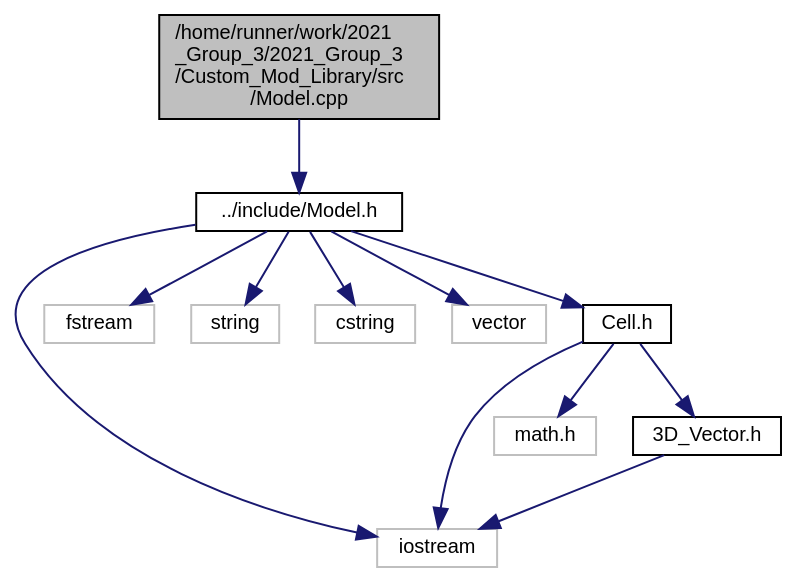
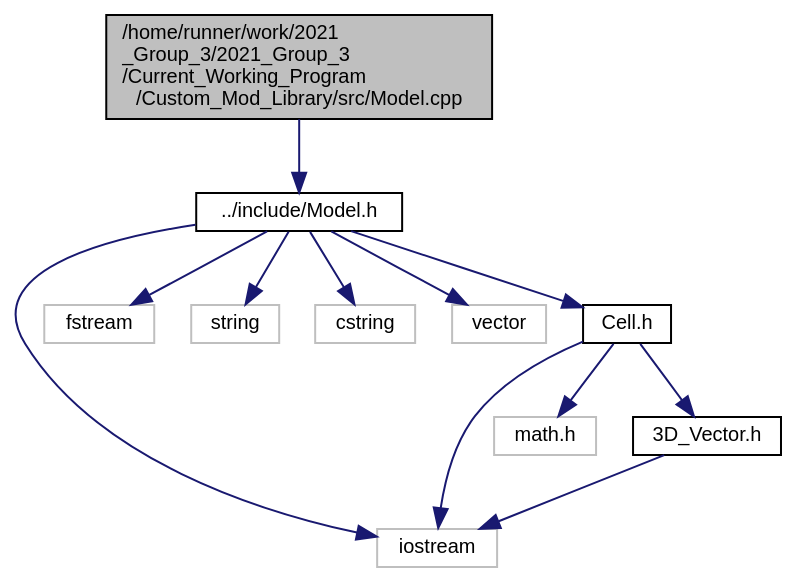
Before and after one commit to ejagombar/2021_Group_3: the diagram in _model_8cpp__incl.dot, drawn with Graphviz. The commit also changed 69 other files, not shown here.

```diff
--- a/_model_8cpp__incl.dot
+++ b/_model_8cpp__incl.dot
@@ -1,28 +1,28 @@
-digraph "/home/runner/work/2021_Group_3/2021_Group_3/Custom_Mod_Library/src/Model.cpp"
+digraph "/home/runner/work/2021_Group_3/2021_Group_3/Current_Working_Program/Custom_Mod_Library/src/Model.cpp"
 {
  // LATEX_PDF_SIZE
   bgcolor="transparent";
   edge [fontname="Helvetica",fontsize="10",labelfontname="Helvetica",labelfontsize="10"];
   node [fontname="Helvetica",fontsize="10",shape=record];
-  Node1 [label="/home/runner/work/2021\l_Group_3/2021_Group_3\l/Custom_Mod_Library/src\l/Model.cpp",height=0.2,width=0.4,color="black", fillcolor="grey75", style="filled", fontcolor="black",tooltip=" "];
+  Node1 [label="/home/runner/work/2021\l_Group_3/2021_Group_3\l/Current_Working_Program\l/Custom_Mod_Library/src/Model.cpp",height=0.2,width=0.4,color="black", fillcolor="grey75", style="filled", fontcolor="black",tooltip=" "];
   Node1 -> Node2 [color="midnightblue",fontsize="10",style="solid",fontname="Helvetica"];
   Node2 [label="../include/Model.h",height=0.2,width=0.4,color="black",URL="$_model_8h.html",tooltip="Class used to open, save and store .mod files."];
   Node2 -> Node3 [color="midnightblue",fontsize="10",style="solid",fontname="Helvetica"];
   Node3 [label="iostream",height=0.2,width=0.4,color="grey75",tooltip=" "];
   Node2 -> Node4 [color="midnightblue",fontsize="10",style="solid",fontname="Helvetica"];
   Node4 [label="fstream",height=0.2,width=0.4,color="grey75",tooltip=" "];
   Node2 -> Node5 [color="midnightblue",fontsize="10",style="solid",fontname="Helvetica"];
   Node5 [label="string",height=0.2,width=0.4,color="grey75",tooltip=" "];
   Node2 -> Node6 [color="midnightblue",fontsize="10",style="solid",fontname="Helvetica"];
   Node6 [label="cstring",height=0.2,width=0.4,color="grey75",tooltip=" "];
   Node2 -> Node7 [color="midnightblue",fontsize="10",style="solid",fontname="Helvetica"];
   Node7 [label="vector",height=0.2,width=0.4,color="grey75",tooltip=" "];
   Node2 -> Node8 [color="midnightblue",fontsize="10",style="solid",fontname="Helvetica"];
-  Node8 [label="Cell.h",height=0.2,width=0.4,color="black",URL="$_cell_8h.html",tooltip="Cell class used to store Cell shapes that make up a model."];
+  Node8 [label="Cell.h",height=0.2,width=0.4,color="black",URL="$_cell_8h.html",tooltip="Class used to store Cell shapes that make up a model."];
   Node8 -> Node3 [color="midnightblue",fontsize="10",style="solid",fontname="Helvetica"];
   Node8 -> Node9 [color="midnightblue",fontsize="10",style="solid",fontname="Helvetica"];
   Node9 [label="math.h",height=0.2,width=0.4,color="grey75",tooltip=" "];
   Node8 -> Node10 [color="midnightblue",fontsize="10",style="solid",fontname="Helvetica"];
   Node10 [label="3D_Vector.h",height=0.2,width=0.4,color="black",URL="$3_d___vector_8h.html",tooltip="Class used to store 3D Vector points for the Model class."];
   Node10 -> Node3 [color="midnightblue",fontsize="10",style="solid",fontname="Helvetica"];
 }
```
